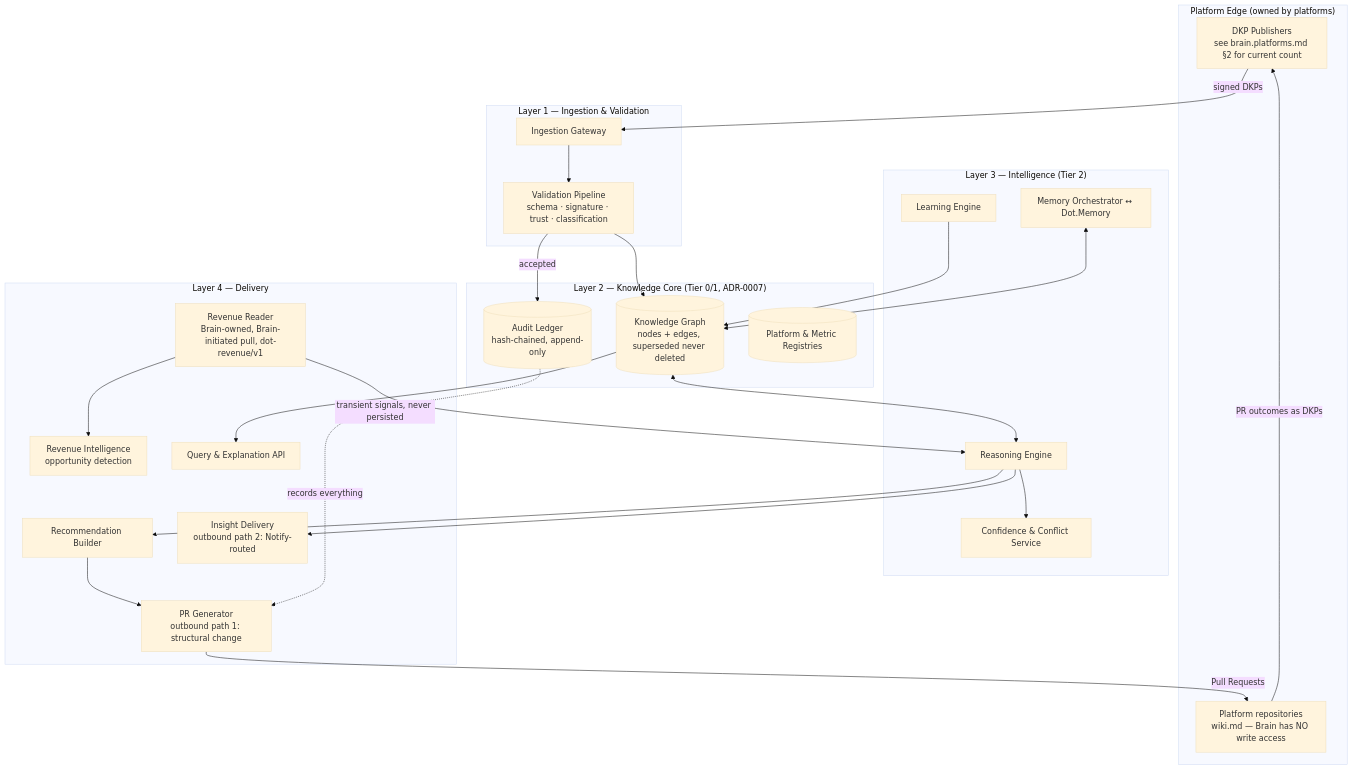
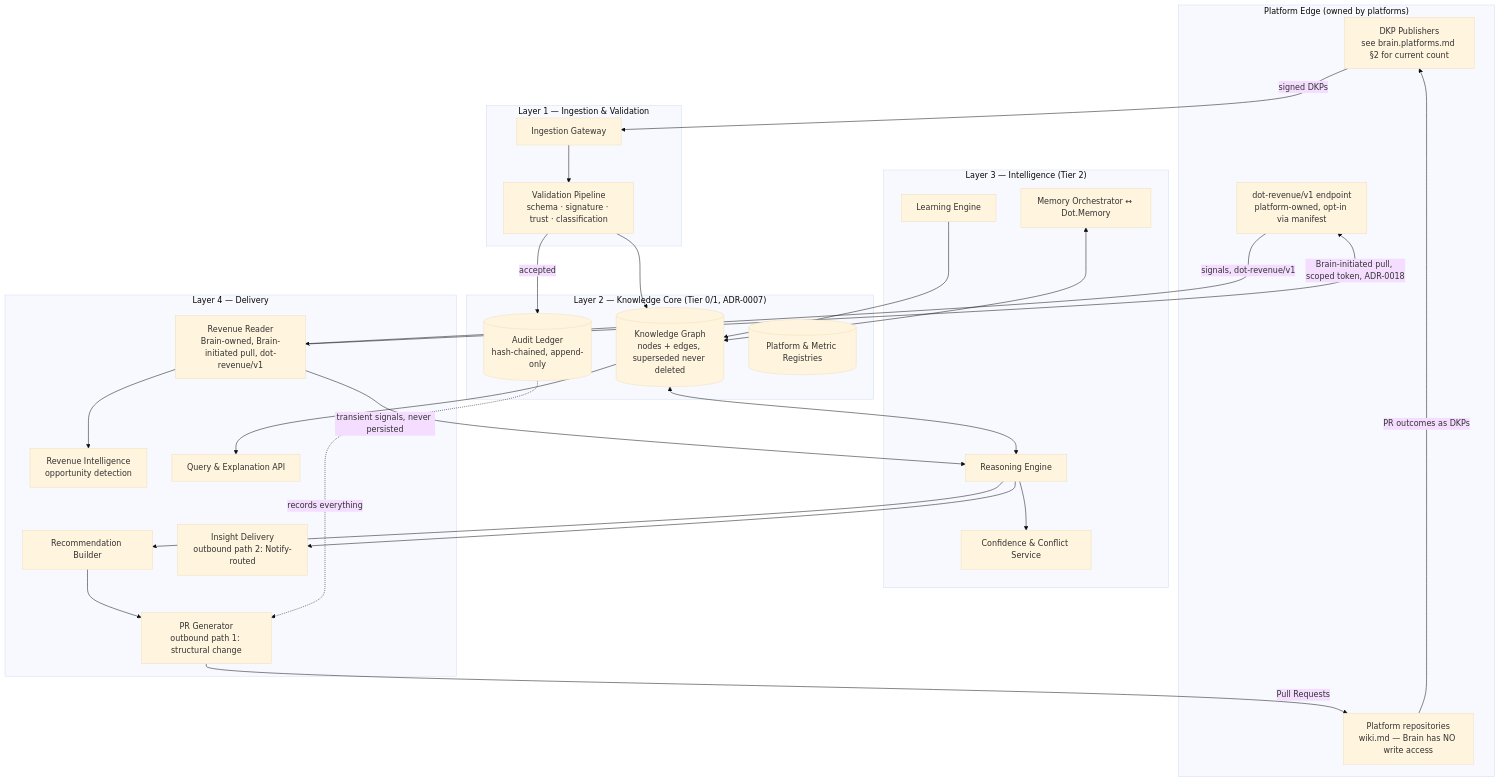
Before and after one commit to sakhilebhayi/Dot.Brain: the first of 2 diagrams in brain.architecture.md, drawn with Mermaid (base theme). The commit also changed other lines of this file and 12 other files, not shown here.

````diff
--- a/brain.architecture.md
+++ b/brain.architecture.md
@@ -31,44 +31,47 @@
 ```mermaid
 graph TB
     subgraph P["Platform Edge (owned by platforms)"]
         PUB[DKP Publishers<br/>see brain.platforms.md §2 for current count]
         REPOS[Platform repositories<br/>wiki.md — Brain has NO write access]
+        REVEP[dot-revenue/v1 endpoint<br/>platform-owned, opt-in via manifest]
     end
     subgraph L1["Layer 1 — Ingestion & Validation"]
         GW[Ingestion Gateway]
         VAL[Validation Pipeline<br/>schema · signature · trust · classification]
     end
     subgraph L2["Layer 2 — Knowledge Core (Tier 0/1, ADR-0007)"]
         LEDGER[(Audit Ledger<br/>hash-chained, append-only)]
         GRAPH[(Knowledge Graph<br/>nodes + edges, superseded never deleted)]
         REG[(Platform & Metric Registries)]
     end
     subgraph L3["Layer 3 — Intelligence (Tier 2)"]
         REASON[Reasoning Engine]
         LEARN[Learning Engine]
         MEM[Memory Orchestrator ↔ Dot.Memory]
         CONF[Confidence & Conflict Service]
     end
     subgraph L4["Layer 4 — Delivery"]
         REC[Recommendation Builder]
         PRGEN[PR Generator<br/>outbound path 1: structural change]
         INSDEL[Insight Delivery<br/>outbound path 2: Notify-routed]
         REVREAD[Revenue Reader<br/>Brain-owned, Brain-initiated pull, dot-revenue/v1]
         REVINTEL[Revenue Intelligence<br/>opportunity detection]
         QUERY[Query & Explanation API]
     end
     PUB -->|signed DKPs| GW --> VAL
     VAL -->|accepted| LEDGER
     VAL --> GRAPH
     GRAPH <--> REASON
     REASON --> CONF
     LEARN --> GRAPH
     MEM <--> GRAPH
     REASON --> REC --> PRGEN -->|Pull Requests| REPOS
     REASON --> INSDEL
+    REVREAD -->|Brain-initiated pull, scoped token, ADR-0018| REVEP
+    REVEP -->|signals, dot-revenue/v1| REVREAD
     REVREAD -->|transient signals, never persisted| REASON
     REVREAD --> REVINTEL
     REPOS -->|PR outcomes as DKPs| PUB
     GRAPH --> QUERY
     LEDGER -.records everything.-> PRGEN
 ```
````
